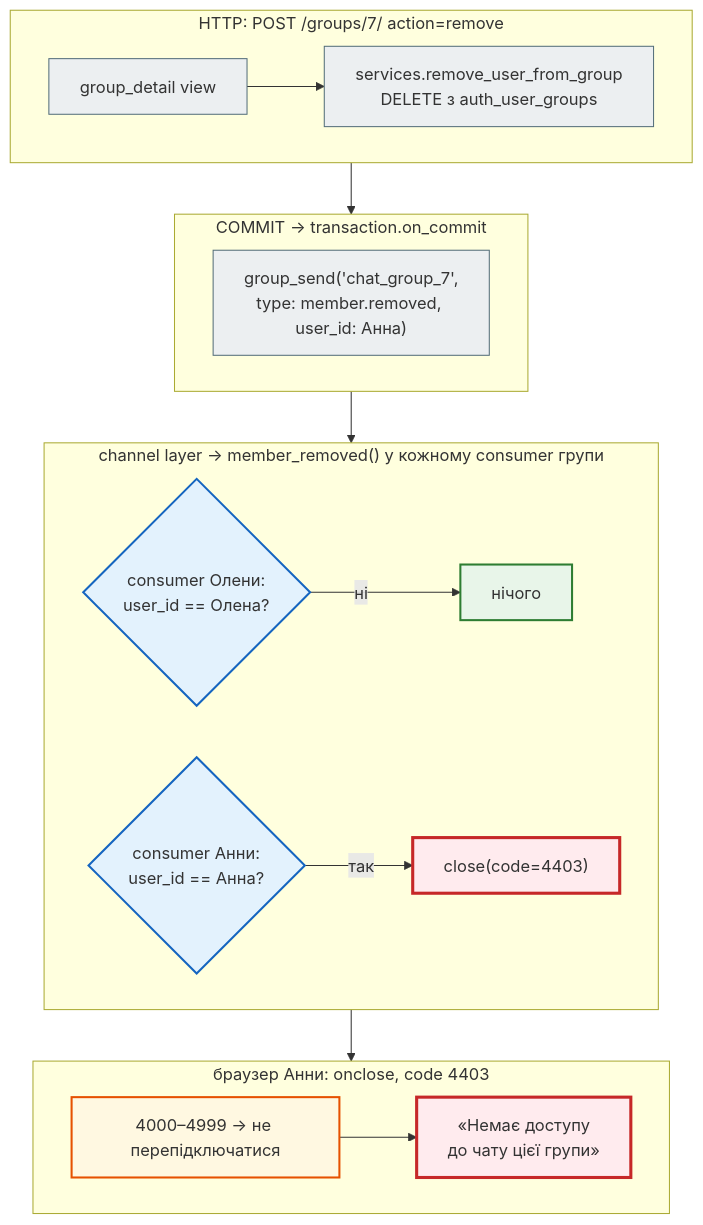
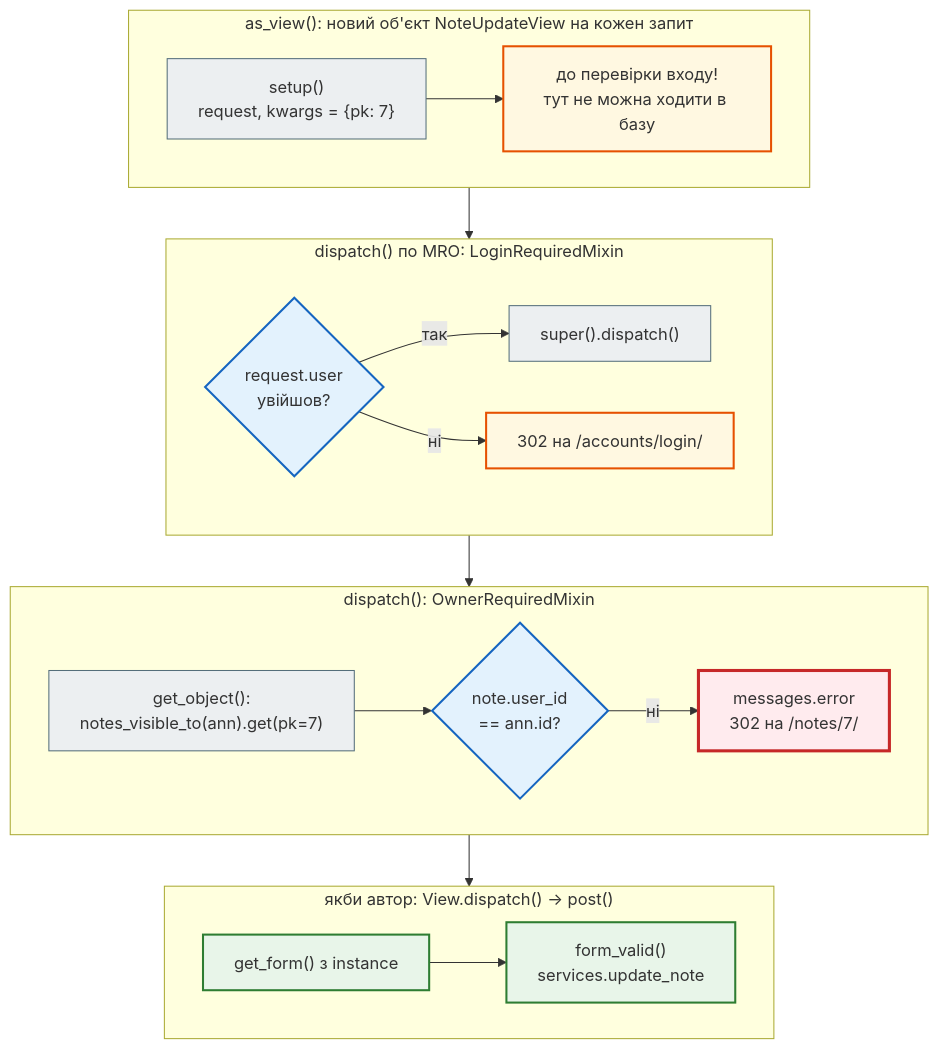
The second of 6 diagrams in docs/modules/m4/lesson_45.md (AlinaRadchenko/PY-Course-Victor-Nikoriak-22-09-2026), drawn with Mermaid before and after one commit. The commit also changed other lines of this file and 1846 other files, not shown here.

````diff
--- a/docs/modules/m4/lesson_45.md
+++ b/docs/modules/m4/lesson_45.md
@@ -340,34 +337,37 @@
 ```mermaid
 flowchart TD
     classDef step     fill:#eceff1,stroke:#546e7a,stroke-width:1px;
     classDef decision fill:#e3f2fd,stroke:#1565c0,stroke-width:2px;
     classDef success  fill:#e8f5e9,stroke:#2e7d32,stroke-width:2px;
     classDef error    fill:#ffebee,stroke:#c62828,stroke-width:3px;
     classDef warning  fill:#fff8e1,stroke:#e65100,stroke-width:2px;
 
-    subgraph R1["HTTP: POST /groups/7/ action=remove"]
+    subgraph S1["as_view(): новий об'єкт NoteUpdateView на кожен запит"]
         direction LR
-        h1["group_detail view"] --> h2["services.remove_user_from_group<br>DELETE з auth_user_groups"]
+        a1["setup()<br>request, kwargs = {pk: 7}"] --> a2["до перевірки входу!<br>тут не можна ходити в базу"]
     end
-    subgraph R2["COMMIT → transaction.on_commit"]
+    subgraph S2["dispatch() по MRO: LoginRequiredMixin"]
         direction LR
-        e1["group_send('chat_group_7',<br>type: member.removed, user_id: Анна)"]
+        b1{"request.user<br>увійшов?"} -- так --> b2["super().dispatch()"]
+        b1 -- ні --> b3["302 на /accounts/login/"]
     end
-    subgraph R3["channel layer → member_removed() у кожному consumer групи"]
+    subgraph S3["dispatch(): OwnerRequiredMixin"]
         direction LR
-        m1{"consumer Олени:<br>user_id == Олена?"} -- ні --> m2["нічого"]
-        m3{"consumer Анни:<br>user_id == Анна?"} -- так --> m4["close(code=4403)"]
+        c1["get_object():<br>notes_visible_to(ann).get(pk=7)"] --> c2{"note.user_id<br>== ann.id?"}
+        c2 -- ні --> c3["messages.error<br>302 на /notes/7/"]
     end
-    subgraph R4["браузер Анни: onclose, code 4403"]
+    subgraph S4["якби автор: View.dispatch() → post()"]
         direction LR
-        j1["4000–4999 → не перепідключатися"] --> j2["«Немає доступу<br>до чату цієї групи»"]
+        d1["get_form() з instance"] --> d2["form_valid()<br>services.update_note"]
     end
 
-    R1 --> R2 --> R3 --> R4
+    S1 --> S2 --> S3 --> S4
 
-    class h1,h2,e1 step
-    class m1,m3 decision
-    class m2 success
-    class m4,j2 error
-    class j1 warning
+    class a1 step
+    class a2 warning
+    class b1,c2 decision
+    class b2,c1 step
+    class b3 warning
+    class c3 error
+    class d1,d2 success
 ```
````
